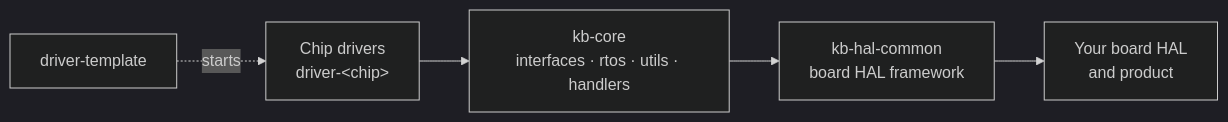
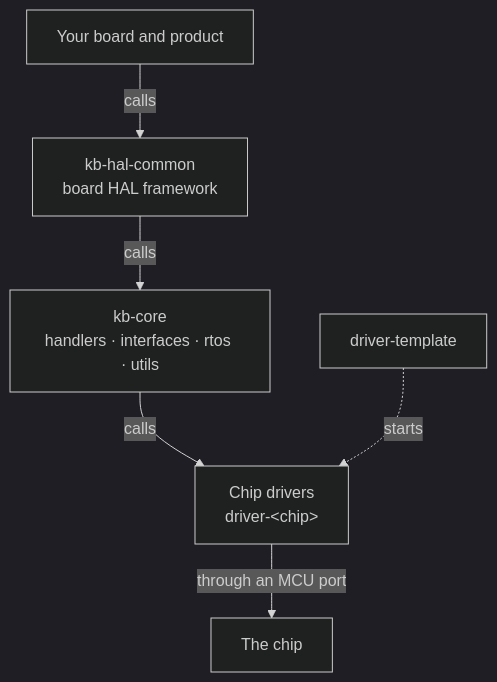
Before and after one commit to kokeb-labs/.github: the diagram in profile/README.md, drawn with Mermaid (dark theme). The commit also changed other lines of this file and 1 other file, not shown here.

Commit message:
Add the portal and point the profile's chart the way calls go (#2)
- Profile chart: arrows ran from drivers up to the product, the opposite
of every other figure. They now run top-down, one call each, with
labels; the profile links the portal.
- `repos.json`: adds `kokeb-labs.github.io` (kind docs) and sets the
docs sites as homepages of ci-tools and espidf-tools.

The portal repository itself isn't created yet; `kokeb_org.py --apply`
will configure it once it exists.

````diff
--- a/profile/README.md
+++ b/profile/README.md
@@ -13,7 +15,8 @@
 ```mermaid
-flowchart LR
-  drv["Chip drivers<br/>driver-&lt;chip&gt;"] --> core["kb-core<br/>interfaces · rtos · utils · handlers"]
-  core --> hal["kb-hal-common<br/>board HAL framework"]
-  hal --> board["Your board HAL<br/>and product"]
+flowchart TD
+  board["Your board and product"] -- calls --> hal["kb-hal-common<br/>board HAL framework"]
+  hal -- calls --> core["kb-core<br/>handlers · interfaces · rtos · utils"]
+  core -- calls --> drv["Chip drivers<br/>driver-&lt;chip&gt;"]
+  drv -- "through an MCU port" --> chip["The chip"]
   tpl["driver-template"] -. starts .-> drv
 ```
````
